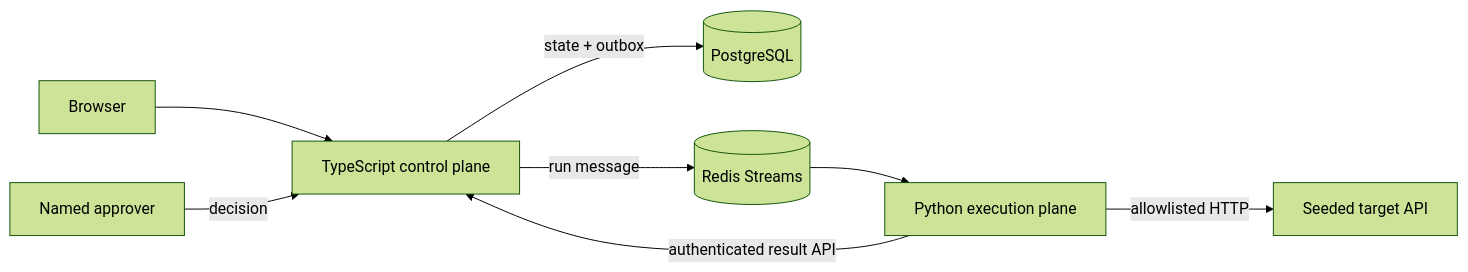
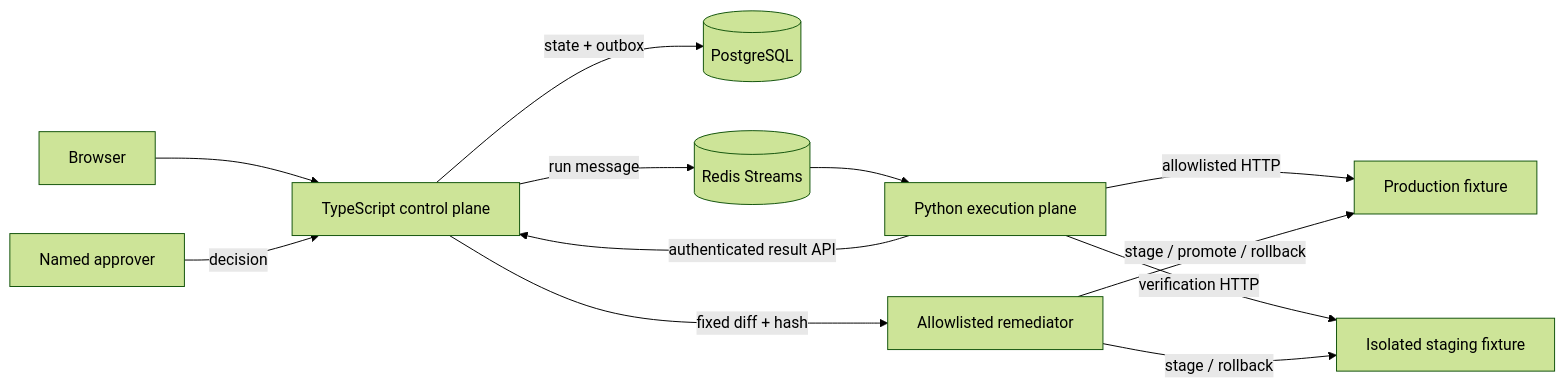
Before and after one commit to EllworthAcquaye/verity: the diagram in README.md, drawn with Mermaid (forest theme). The commit also changed other lines of this file and 23 other files, not shown here.

````diff
--- a/README.md
+++ b/README.md
@@ -80,10 +92,14 @@
 ```mermaid
 flowchart LR
   Browser --> Control[TypeScript control plane]
   Control -->|state + outbox| Postgres[(PostgreSQL)]
   Control -->|run message| Redis[(Redis Streams)]
   Redis --> Runner[Python execution plane]
-  Runner -->|allowlisted HTTP| Target[Seeded target API]
+  Runner -->|allowlisted HTTP| Target[Production fixture]
+  Runner -->|verification HTTP| Staging[Isolated staging fixture]
   Runner -->|authenticated result API| Control
   Approver[Named approver] -->|decision| Control
+  Control -->|fixed diff + hash| Remediator[Allowlisted remediator]
+  Remediator -->|stage / promote / rollback| Target
+  Remediator -->|stage / rollback| Staging
 ```
````
